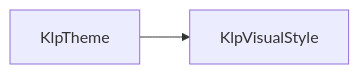
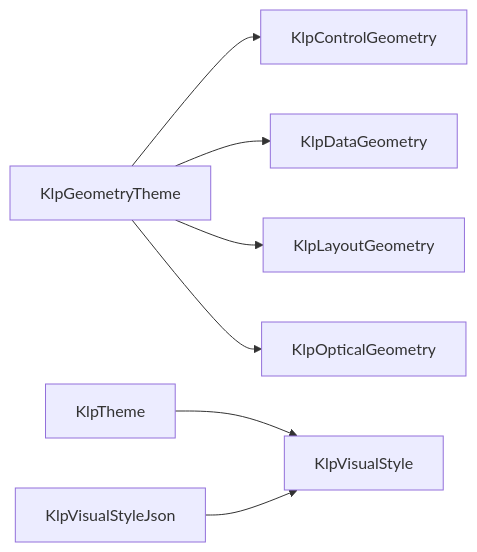
The second of 16 diagrams in spec/component-inventory.md (MiuDog/Kallopis), drawn with Mermaid before and after one commit. The commit also changed other lines of this file and 195 other files, not shown here.

Commit message:
feat: release 0.3.0 with JSON theme decode and geometry tokens

````diff
--- a/spec/component-inventory.md
+++ b/spec/component-inventory.md
@@ -130,7 +137,18 @@
 ```mermaid
 graph LR
+  KlpControlGeometry["KlpControlGeometry"]
+  KlpDataGeometry["KlpDataGeometry"]
+  KlpGeometryTheme["KlpGeometryTheme"]
+  KlpLayoutGeometry["KlpLayoutGeometry"]
+  KlpOpticalGeometry["KlpOpticalGeometry"]
   KlpTheme["KlpTheme"]
   KlpVisualStyle["KlpVisualStyle"]
+  KlpVisualStyleJson["KlpVisualStyleJson"]
+  KlpGeometryTheme --> KlpControlGeometry
+  KlpGeometryTheme --> KlpDataGeometry
+  KlpGeometryTheme --> KlpLayoutGeometry
+  KlpGeometryTheme --> KlpOpticalGeometry
   KlpTheme --> KlpVisualStyle
+  KlpVisualStyleJson --> KlpVisualStyle
   classDef external stroke-dasharray: 4 3;
 ```
````
